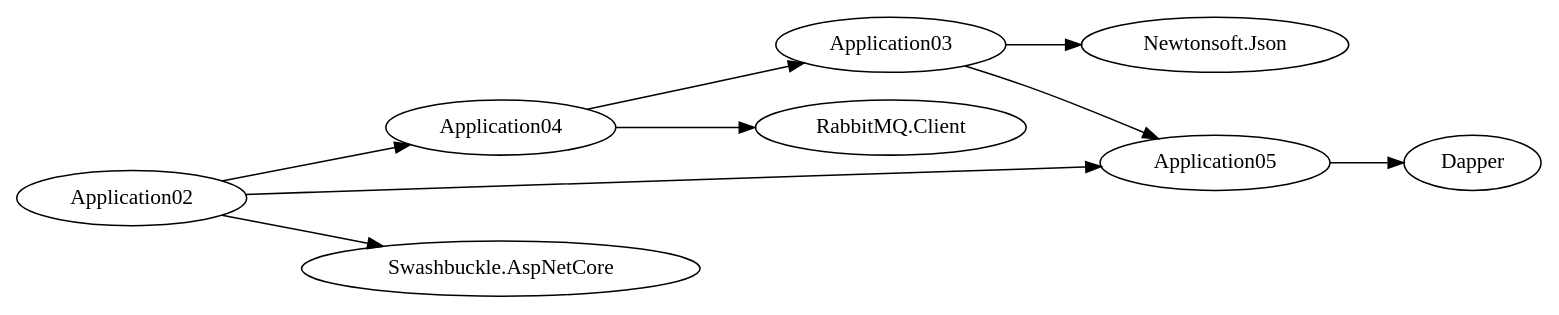
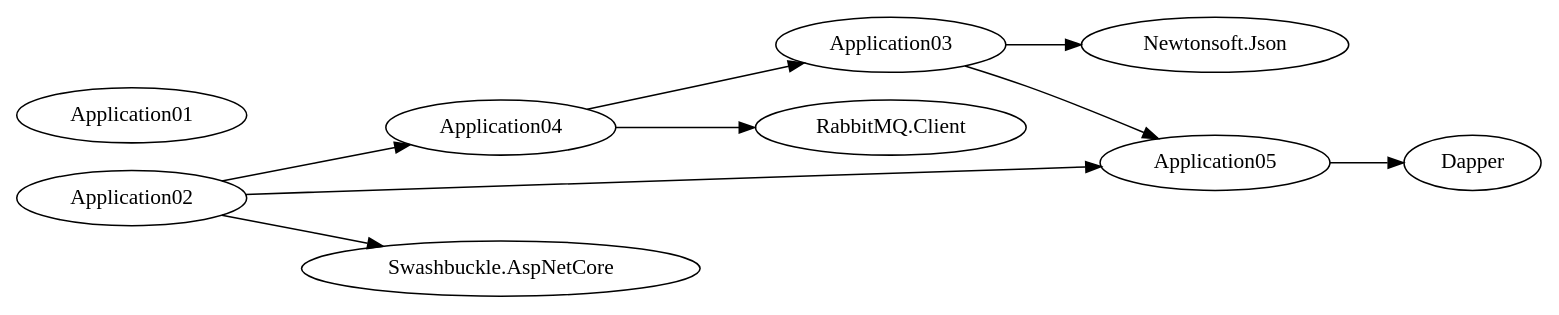
The diagram in dependency_graph.dot (eduardocf/ADM), drawn with Graphviz before and after one commit. The commit also changed 2 other files, not shown here.

```diff
--- a/dependency_graph.dot
+++ b/dependency_graph.dot
@@ -1,11 +1,12 @@
 digraph Dependencies {
   rankdir=LR;
   "Application02" -> "Application04";
   "Application02" -> "Application05";
   "Application02" -> "Swashbuckle.AspNetCore";
   "Application03" -> "Application05";
   "Application03" -> "Newtonsoft.Json";
   "Application04" -> "Application03";
   "Application04" -> "RabbitMQ.Client";
   "Application05" -> "Dapper";
+  "Application01";
 }
```
